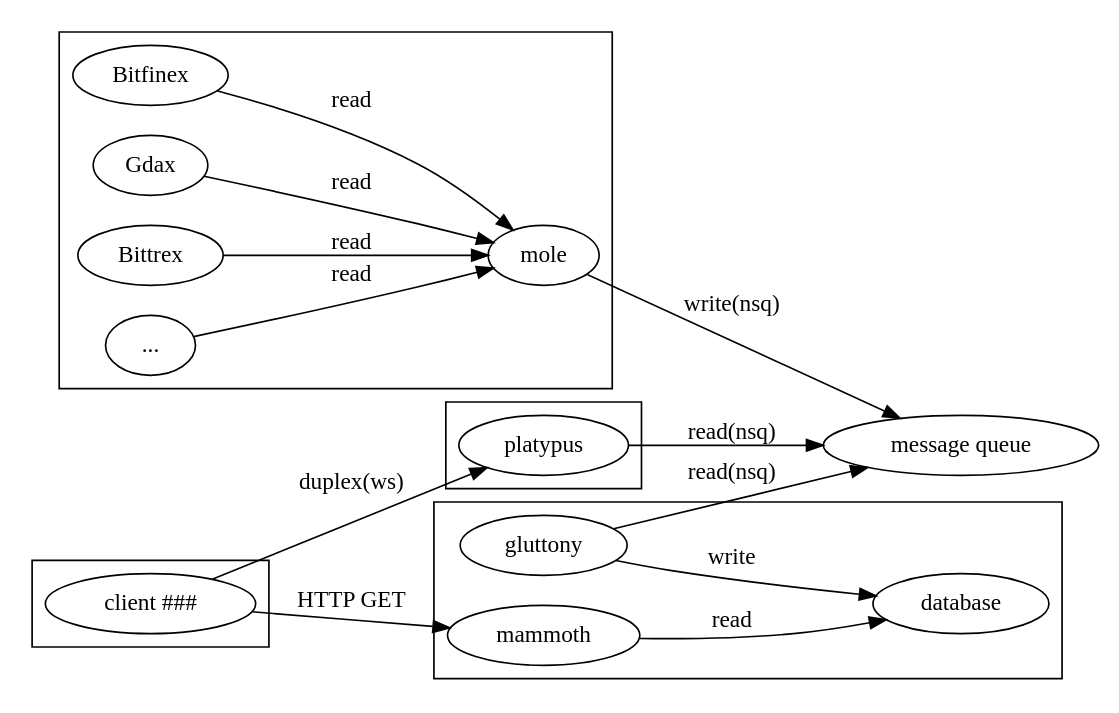
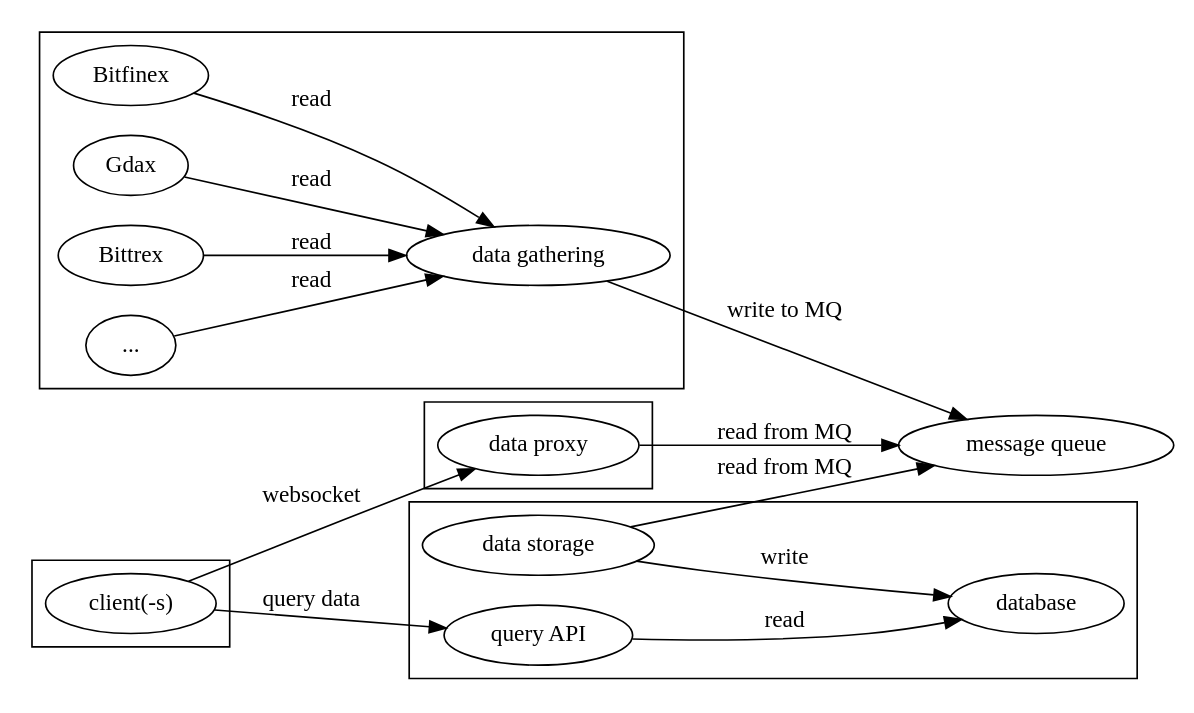
Before and after one commit to corpix/cryptounicorns.io: the diagram in talks/c34c3.org, drawn with Graphviz. The commit also changed other lines of this file and 2 other files, not shown here.

```diff
--- a/talks/c34c3.org
+++ b/talks/c34c3.org
@@ -44,35 +40,35 @@
    #+BEGIN_SRC dot :file c34c3-architecture-diagram.png
    digraph ArchitectureHighlevel {
      rankdir = LR;
      mq [label = "message queue"];
      subgraph cluster_fetching {
-       mole [label = "mole"];
+       mole [label = "data gathering"];
        bitfinex         [label = "Bitfinex"];
        gdax             [label = "Gdax"];
        bittrex          [label = "Bittrex"];
        anyOtherExchange [label = "..."];
        bitfinex         -> mole [label = "read"];
        gdax             -> mole [label = "read"];
        bittrex          -> mole [label = "read"];
        anyOtherExchange -> mole [label = "read"];
      }
      subgraph cluster_clients {
-       clientN [label = "client ###"];
+       clientN [label = "client(-s)"];
      }
      subgraph cluster_storage {
-       gluttony  [label = "gluttony"];
-       mammoth   [label = "mammoth"];
+       gluttony  [label = "data storage"];
+       mammoth   [label = "query API"];
        database  [label = "database"];
        gluttony -> database [label = "write"];
        mammoth -> database [label = "read"];
-       clientN -> mammoth [label = "HTTP GET"];
+       clientN -> mammoth [label = "query data"];
      }
      subgraph cluster_serving {
-       platypus  [label = "platypus"];
-       clientN -> platypus [label = "duplex(ws)"];
+       platypus  [label = "data proxy"];
+       clientN -> platypus [label = "websocket"];
      }
-     platypus -> mq [label = "read(nsq)"];
-     gluttony -> mq [label = "read(nsq)"];
-     mole -> mq [label = "write(nsq)"];
+     platypus -> mq [label = "read from MQ"];
+     gluttony -> mq [label = "read from MQ"];
+     mole -> mq [label = "write to MQ"];
    }
    #+END_SRC
```
